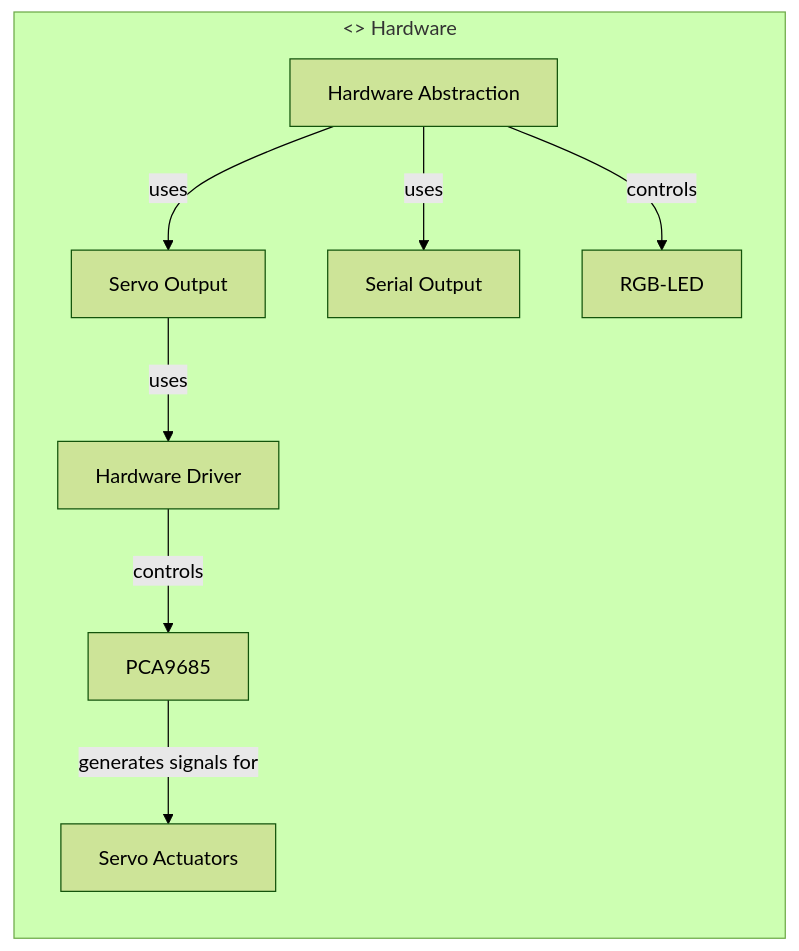
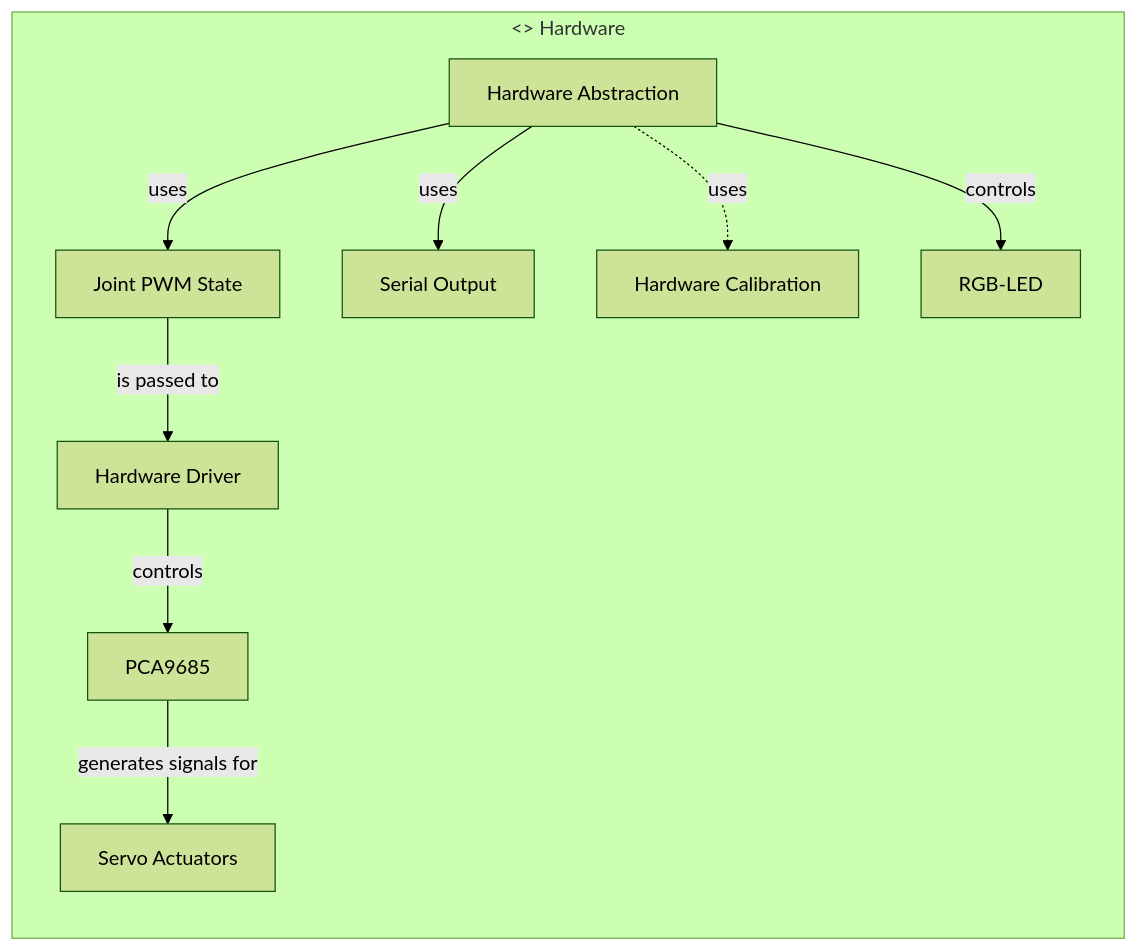
Before and after one commit to butz1999/inverse_kinematik: the fifth of 7 diagrams in doc/projektbeschreibung.md, drawn with Mermaid (forest theme). The commit also changed other lines of this file and 5 other files, not shown here.

````diff
--- a/doc/projektbeschreibung.md
+++ b/doc/projektbeschreibung.md
@@ -510,19 +518,21 @@
 ```mermaid
 flowchart LR
     subgraph HW["<<component>> Hardware"]
         D1[Hardware Abstraction]
         D2[Hardware Driver]
         D3[PCA9685]
         D4[Servo Actuators]
-        D5[RGB-LED]
-        D6[Servo Output]
+        D5[Hardware Calibration]
+        D6[Joint PWM State]
         D7[Serial Output]
+        D8[RGB-LED]
 
         D1 -->|uses| D6
         D1 -->|uses| D7
-        D6 -->|uses| D2
+        D1 -.->|uses| D5
+        D6 -->|is passed to| D2
         D2 -->|controls| D3
         D3 -->|generates signals for| D4
-        D1 -->|controls| D5
+        D1 -->|controls| D8
     end
 ```
````
